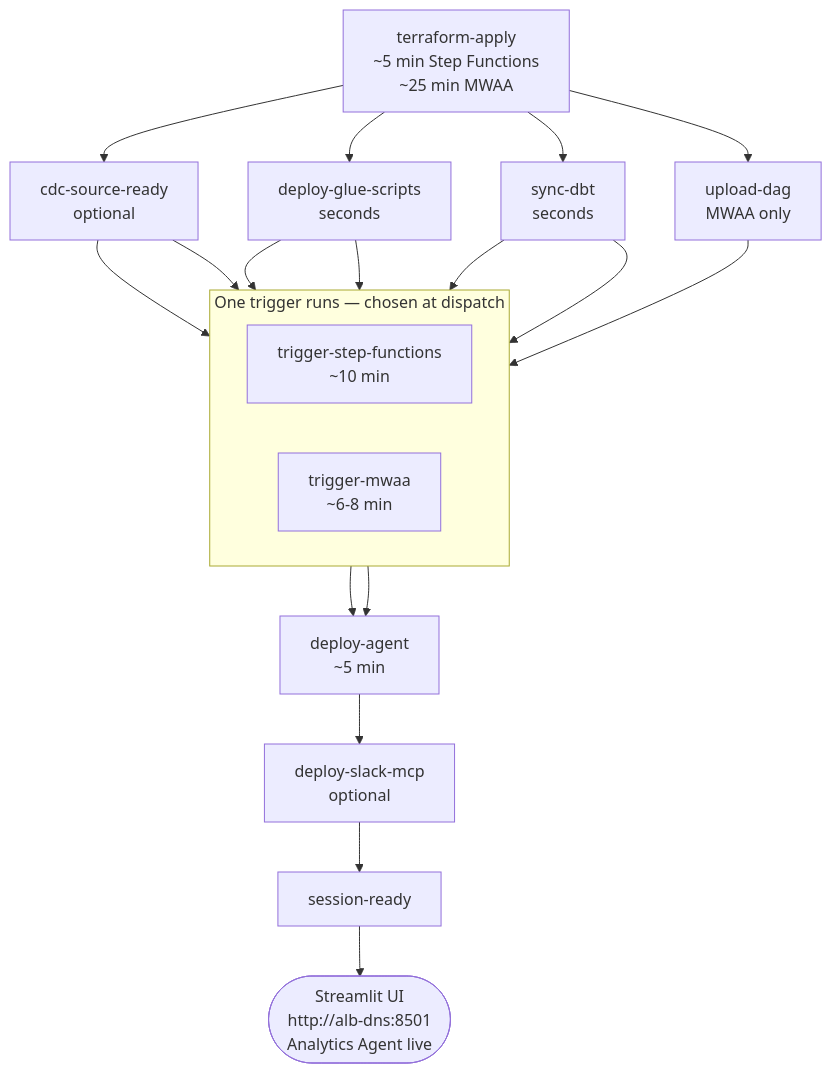
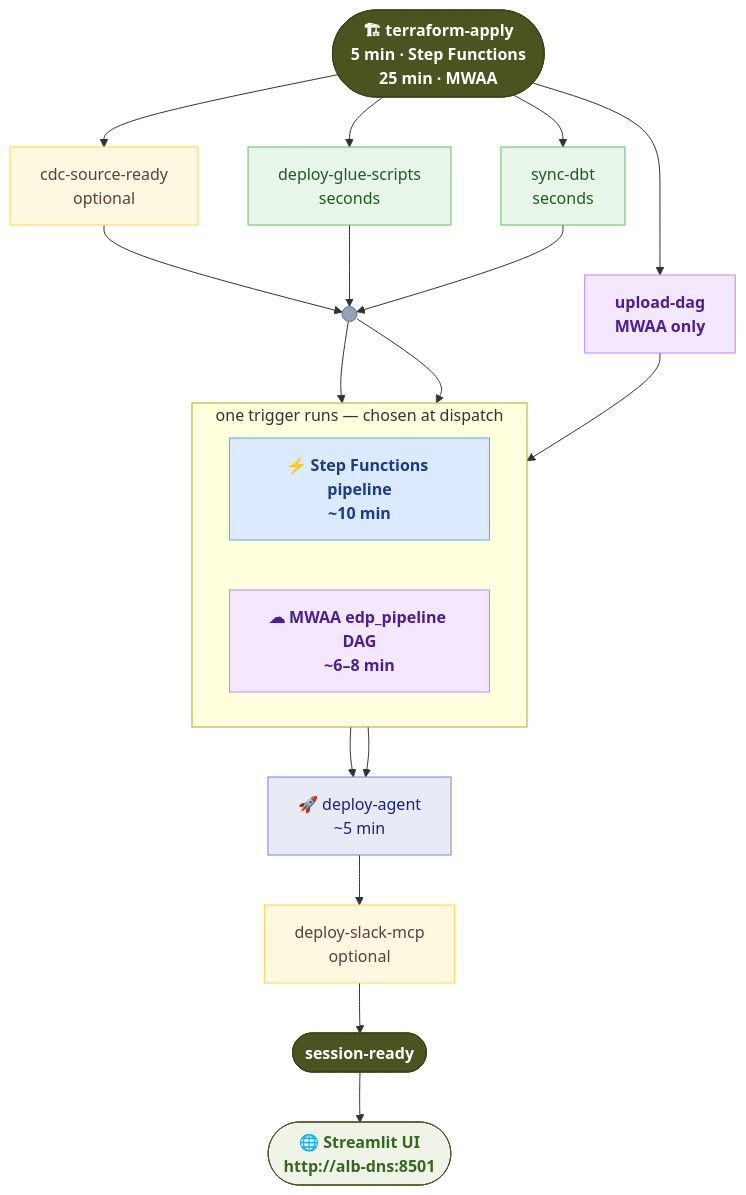
Before and after one commit to enterprise-data-platform-emeka/platform-session-orchestrator: the second of 4 diagrams in README.md, drawn with Mermaid.

Commit message:
docs: redesign job graph — junction node eliminates crossing arrows, add color coding

````diff
--- a/README.md
+++ b/README.md
@@ -31,31 +31,36 @@
 ```mermaid
 flowchart TD
-    TF[terraform-apply\n~5 min Step Functions\n~25 min MWAA]
+    TF(["🏗 terraform-apply\n5 min · Step Functions\n25 min · MWAA"]):::infra
 
-    TF --> CDC[cdc-source-ready\noptional]
-    TF --> GLUE[deploy-glue-scripts\nseconds]
-    TF --> DBT[sync-dbt\nseconds]
-    TF --> DAG[upload-dag\nMWAA only]
+    TF --> CDC["cdc-source-ready\noptional"]:::opt
+    TF --> GLUE["deploy-glue-scripts\nseconds"]:::fast
+    TF --> DBT["sync-dbt\nseconds"]:::fast
+    TF --> DAG["upload-dag\nMWAA only"]:::mwaanode
 
-    subgraph CHOICE["One trigger runs — chosen at dispatch"]
+    CDC & GLUE & DBT --> GATE(( )):::gate
+
+    subgraph CHOICE["one trigger runs — chosen at dispatch"]
         direction LR
-        SFN[trigger-step-functions\n~10 min]
-        MWAA_T[trigger-mwaa\n~6-8 min]
+        SFN["⚡ Step Functions pipeline\n~10 min"]:::sfn
+        MWAA_T["☁ MWAA edp_pipeline DAG\n~6–8 min"]:::mwaanode
     end
 
-    CDC --> SFN
-    GLUE --> SFN
-    DBT --> SFN
-
-    CDC --> MWAA_T
-    GLUE --> MWAA_T
-    DBT --> MWAA_T
+    GATE --> SFN
+    GATE --> MWAA_T
     DAG --> MWAA_T
 
-    SFN --> AGENT[deploy-agent\n~5 min]
-    MWAA_T --> AGENT
+    SFN & MWAA_T --> AGENT["🚀 deploy-agent\n~5 min"]:::deploy
+    AGENT --> SLACK["deploy-slack-mcp\noptional"]:::opt
+    SLACK --> READY(["session-ready"]):::ready
+    READY --> UI(["🌐 Streamlit UI\nhttp://alb-dns:8501"]):::ui
 
-    AGENT --> SLACK[deploy-slack-mcp\noptional]
-    SLACK --> READY[session-ready]
-    READY --> UI([Streamlit UI\nhttp://alb-dns:8501\nAnalytics Agent live])
+    classDef infra  fill:#4B5320,stroke:#3a4119,color:#fff,font-weight:bold
+    classDef fast   fill:#e8f5e9,stroke:#66bb6a,color:#1b5e20
+    classDef opt    fill:#fff8e1,stroke:#ffd54f,color:#5d4037
+    classDef gate   fill:#94a3b8,stroke:#64748b,color:#fff
+    classDef sfn    fill:#dbeafe,stroke:#60a5fa,color:#1e3a8a,font-weight:bold
+    classDef mwaanode fill:#f3e8ff,stroke:#c084fc,color:#4c1d95,font-weight:bold
+    classDef deploy fill:#e8eaf6,stroke:#7986cb,color:#1a237e
+    classDef ready  fill:#4B5320,stroke:#3a4119,color:#fff,font-weight:bold
+    classDef ui     fill:#f0f4e8,stroke:#4B5320,color:#33691e,font-weight:bold
 ```
````
